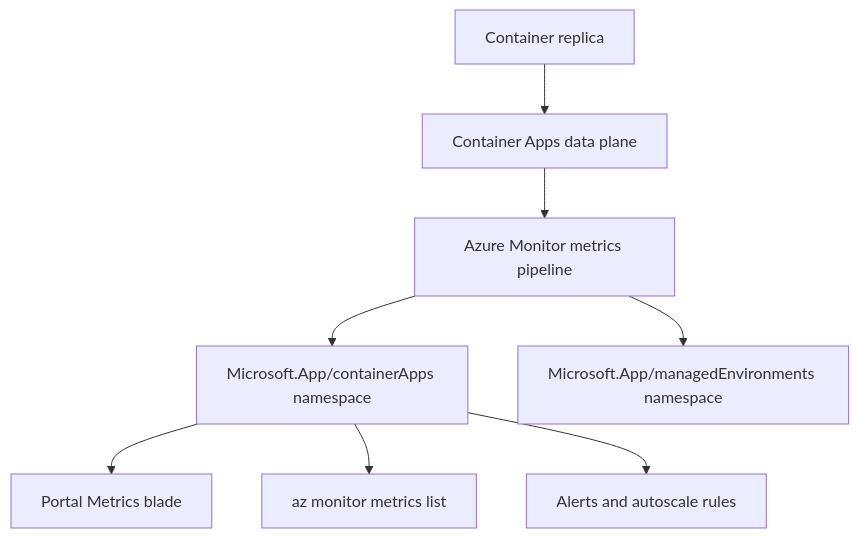
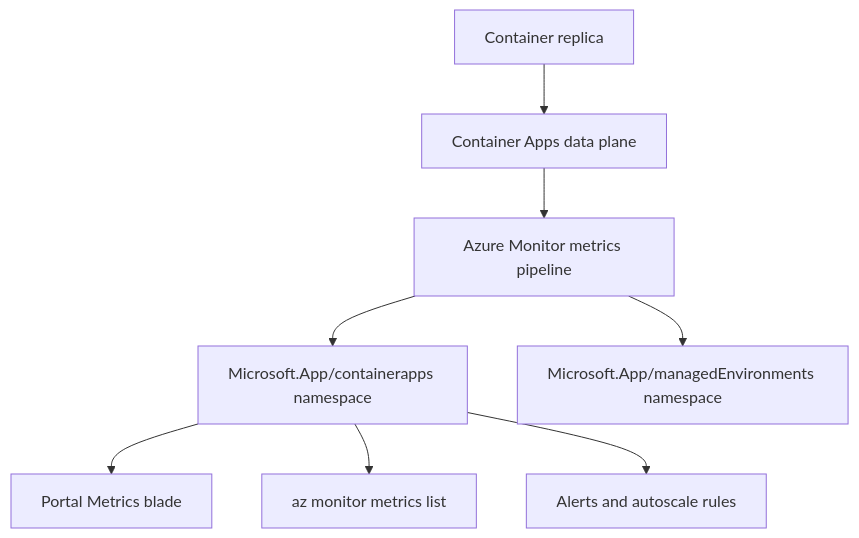
One commit to yeongseon/azure-container-apps-practical-guide changed the diagram in docs/reference/metrics.md. Above: the diagram before and after it, drawn with Mermaid. The commit also changed other lines of this file, not shown here.

Commit message:
docs: correct metric catalog to match Microsoft Learn and fix memory math

````diff
--- a/docs/reference/metrics.md
+++ b/docs/reference/metrics.md
@@ -44,10 +44,10 @@
 ```mermaid
 flowchart TD
     A[Container replica] --> B[Container Apps data plane]
     B --> C[Azure Monitor metrics pipeline]
-    C --> D[Microsoft.App/containerApps namespace]
+    C --> D[Microsoft.App/containerapps namespace]
     C --> E[Microsoft.App/managedEnvironments namespace]
     D --> F[Portal Metrics blade]
     D --> G[az monitor metrics list]
     D --> H[Alerts and autoscale rules]
 ```
````
